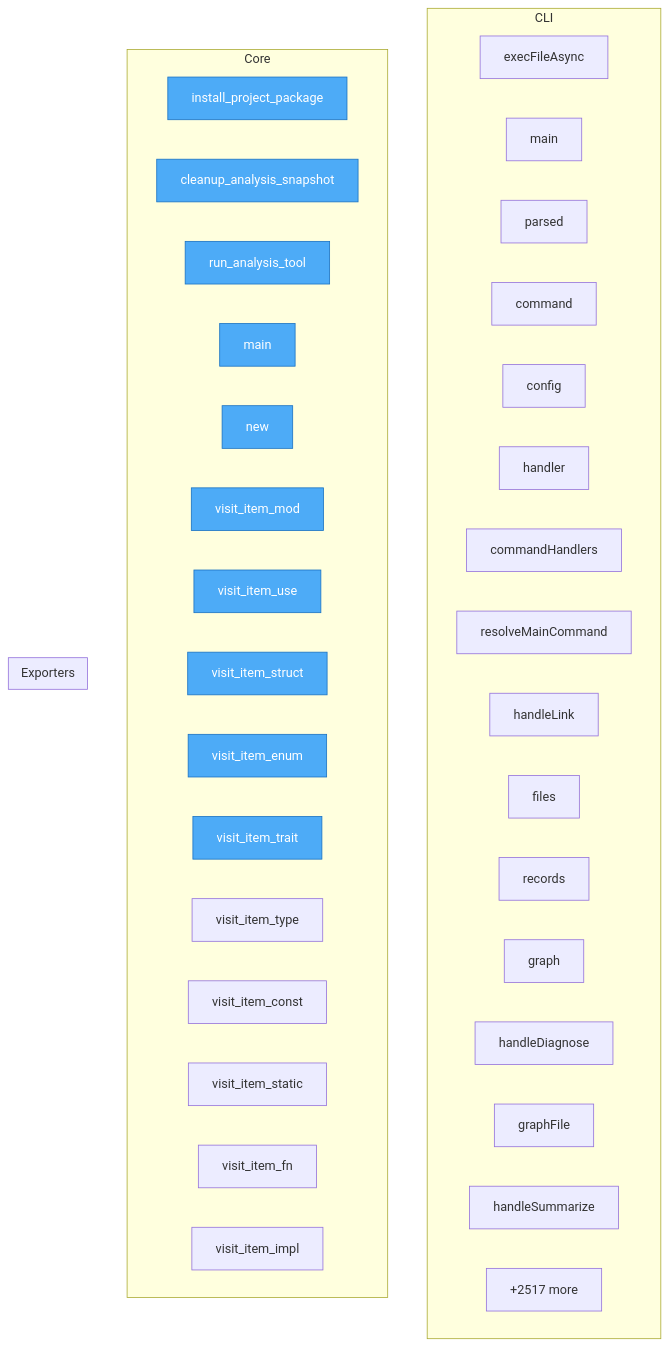
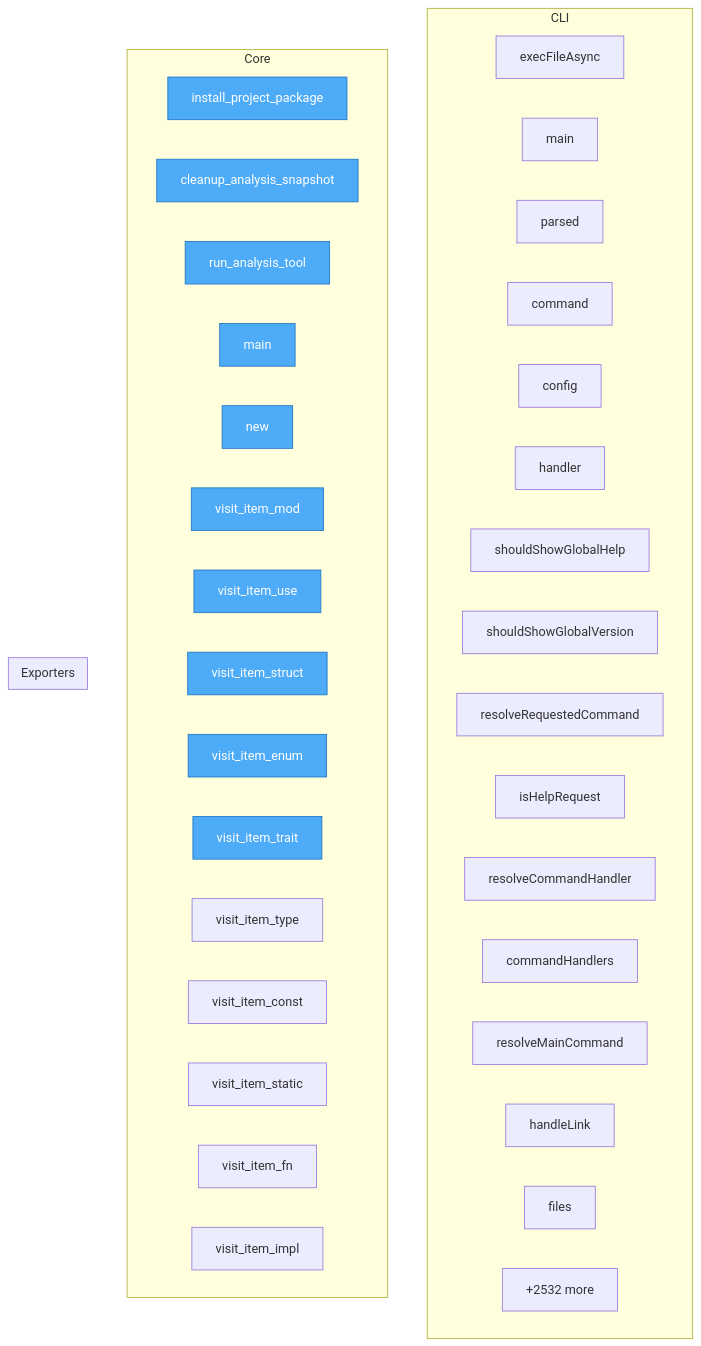
Before and after one commit to autogrammar/todo2code: the diagram in project/flow.mmd, drawn with Mermaid. The commit also changed 47 other files, not shown here.

```diff
--- a/project/flow.mmd
+++ b/project/flow.mmd
@@ -1,48 +1,48 @@
 flowchart TD
-%% generated in 0.04s
+%% generated in 0.05s
 
     %% Entry points (blue)
     classDef entry fill:#4dabf7,stroke:#1971c2,color:#fff
 
     subgraph CLI
         src__cli__execFileAsync["execFileAsync"]
         src__cli__main["main"]
         src__cli__parsed["parsed"]
         src__cli__command["command"]
         src__cli__config["config"]
         src__cli__handler["handler"]
+        src__cli__shouldShowGlobalHelp["shouldShowGlobalHelp"]
+        src__cli__shouldShowGlobalVersion["shouldShowGlobalVersion"]
+        src__cli__resolveRequestedCommand["resolveRequestedCommand"]
+        src__cli__isHelpRequest["isHelpRequest"]
+        src__cli__resolveCommandHandler["resolveCommandHandler"]
         src__cli__commandHandlers["commandHandlers"]
         src__cli__resolveMainCommand["resolveMainCommand"]
         src__cli__handleLink["handleLink"]
         src__cli__files["files"]
-        src__cli__records["records"]
-        src__cli__graph["graph"]
-        src__cli__handleDiagnose["handleDiagnose"]
-        src__cli__graphFile["graphFile"]
-        src__cli__handleSummarize["handleSummarize"]
-        ...["+109 more"]
+        ...["+118 more"]
     end
 
     subgraph Core
         project__install_project_package["install_project_package"]
         project__cleanup_analysis_snapshot["cleanup_analysis_snapshot"]
         project__run_analysis_tool["run_analysis_tool"]
         rust_ast__src__main__main["main"]
         rust_ast__src__main__new["new"]
         rust_ast__src__main__visit_item_mod["visit_item_mod"]
         rust_ast__src__main__visit_item_use["visit_item_use"]
         rust_ast__src__main__visit_item_struct["visit_item_struct"]
         rust_ast__src__main__visit_item_enum["visit_item_enum"]
         rust_ast__src__main__visit_item_trait["visit_item_trait"]
         rust_ast__src__main__visit_item_type["visit_item_type"]
         rust_ast__src__main__visit_item_const["visit_item_const"]
         rust_ast__src__main__visit_item_static["visit_item_static"]
         rust_ast__src__main__visit_item_fn["visit_item_fn"]
         rust_ast__src__main__visit_item_impl["visit_item_impl"]
-        ...["+2517 more"]
+        ...["+2532 more"]
     end
 
     subgraph Exporters
     end
 
     class project__install_project_package,project__cleanup_analysis_snapshot,project__run_analysis_tool,rust_ast__src__main__main,rust_ast__src__main__new,rust_ast__src__main__visit_item_mod,rust_ast__src__main__visit_item_use,rust_ast__src__main__visit_item_struct,rust_ast__src__main__visit_item_enum,rust_ast__src__main__visit_item_trait entry
```
